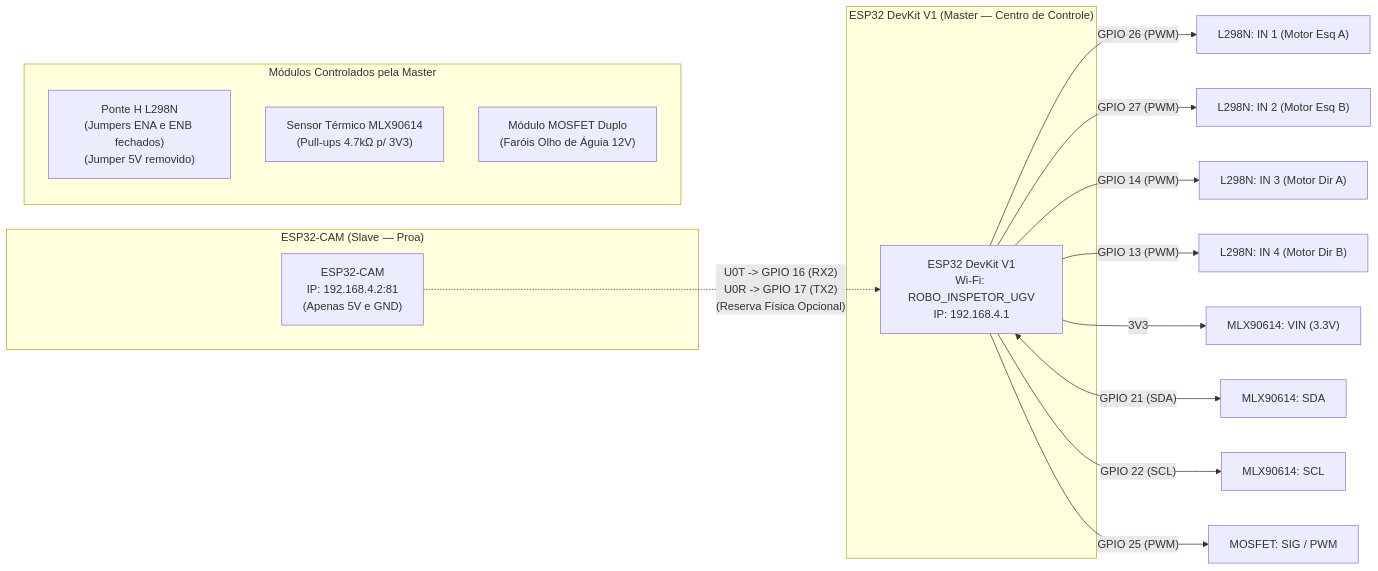
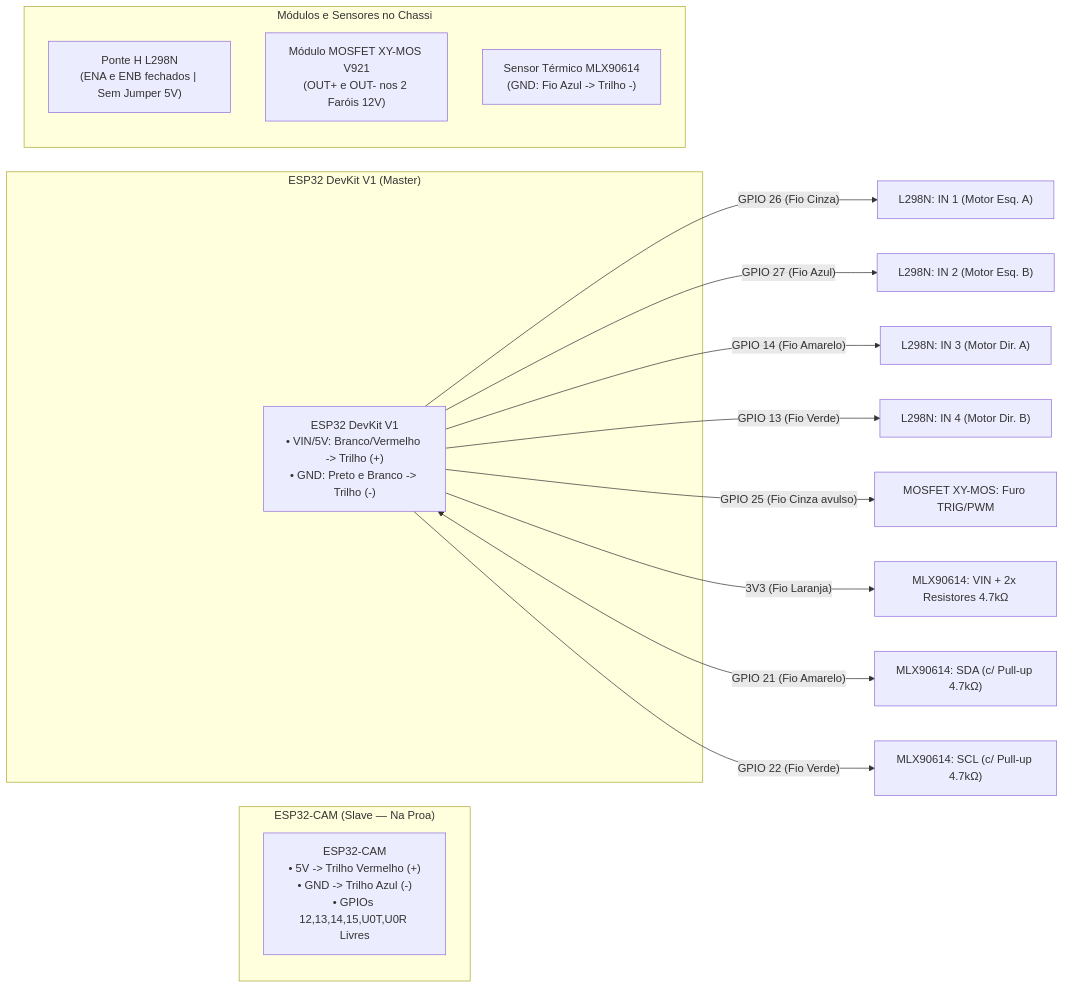
The diagram in docs/03_roteiro_bancada.md (TacioMoreira25/robo-inspetor), drawn with Mermaid before and after one commit. The commit also changed other lines of this file and 29 other files, not shown here.

Commit message:
feat: Implement thermal sensor reading and web interface for UGV Inspector

````diff
--- a/docs/03_roteiro_bancada.md
+++ b/docs/03_roteiro_bancada.md
@@ -9,29 +9,27 @@
 ```mermaid
 flowchart LR
-    subgraph SLAVE["ESP32-CAM (Slave — Proa)"]
-        CAM["ESP32-CAM<br/>IP: 192.168.4.2:81<br/>(Apenas 5V e GND)"]
+    subgraph SLAVE["ESP32-CAM (Slave — Na Proa)"]
+        CAM["ESP32-CAM<br/>• 5V -> Trilho Vermelho (+)<br/>• GND -> Trilho Azul (-)<br/>• GPIOs 12,13,14,15,U0T,U0R Livres"]
     end
 
-    subgraph MASTER["ESP32 DevKit V1 (Master — Centro de Controle)"]
-        DEV["ESP32 DevKit V1<br/>Wi-Fi: ROBO_INSPETOR_UGV<br/>IP: 192.168.4.1"]
+    subgraph MASTER["ESP32 DevKit V1 (Master)"]
+        DEV["ESP32 DevKit V1<br/>• VIN/5V: Branco/Vermelho -> Trilho (+)<br/>• GND: Preto e Branco -> Trilho (-)"]
     end
 
-    subgraph PERIFERICOS["Módulos Controlados pela Master"]
-        L298N["Ponte H L298N<br/>(Jumpers ENA e ENB fechados)<br/>(Jumper 5V removido)"]
-        MLX["Sensor Térmico MLX90614<br/>(Pull-ups 4.7kΩ p/ 3V3)"]
-        MOS["Módulo MOSFET Duplo<br/>(Faróis Olho de Águia 12V)"]
+    subgraph DESTINOS["Módulos e Sensores no Chassi"]
+        L298N["Ponte H L298N<br/>(ENA e ENB fechados | Sem Jumper 5V)"]
+        MOS["Módulo MOSFET XY-MOS V921<br/>(OUT+ e OUT- nos 2 Faróis 12V)"]
+        MLX["Sensor Térmico MLX90614<br/>(GND: Fio Azul -> Trilho -)"]
     end
 
-    CAM -.->|"U0T -> GPIO 16 (RX2)<br/>U0R -> GPIO 17 (TX2)<br/>(Reserva Física Opcional)"| DEV
+    DEV -->|"GPIO 26 (Fio Cinza)"| L298N_1["L298N: IN 1 (Motor Esq. A)"]
+    DEV -->|"GPIO 27 (Fio Azul)"| L298N_2["L298N: IN 2 (Motor Esq. B)"]
+    DEV -->|"GPIO 14 (Fio Amarelo)"| L298N_3["L298N: IN 3 (Motor Dir. A)"]
+    DEV -->|"GPIO 13 (Fio Verde)"| L298N_4["L298N: IN 4 (Motor Dir. B)"]
 
-    DEV -->|"GPIO 26 (PWM)"| L298N_IN1["L298N: IN 1 (Motor Esq A)"]
-    DEV -->|"GPIO 27 (PWM)"| L298N_IN2["L298N: IN 2 (Motor Esq B)"]
-    DEV -->|"GPIO 14 (PWM)"| L298N_IN3["L298N: IN 3 (Motor Dir A)"]
-    DEV -->|"GPIO 13 (PWM)"| L298N_IN4["L298N: IN 4 (Motor Dir B)"]
+    DEV -->|"GPIO 25 (Fio Cinza avulso)"| MOS_PWM["MOSFET XY-MOS: Furo TRIG/PWM"]
 
-    DEV -->|"3V3"| MLX_VIN["MLX90614: VIN (3.3V)"]
-    DEV <-->|"GPIO 21 (SDA)"| MLX_SDA["MLX90614: SDA"]
-    DEV -->|"GPIO 22 (SCL)"| MLX_SCL["MLX90614: SCL"]
-
-    DEV -->|"GPIO 25 (PWM)"| MOS_SIG["MOSFET: SIG / PWM"]
+    DEV -->|"3V3 (Fio Laranja)"| MLX_VIN["MLX90614: VIN + 2x Resistores 4.7kΩ"]
+    DEV <-->|"GPIO 21 (Fio Amarelo)"| MLX_SDA["MLX90614: SDA (c/ Pull-up 4.7kΩ)"]
+    DEV -->|"GPIO 22 (Fio Verde)"| MLX_SCL["MLX90614: SCL (c/ Pull-up 4.7kΩ)"]
 ```
````
